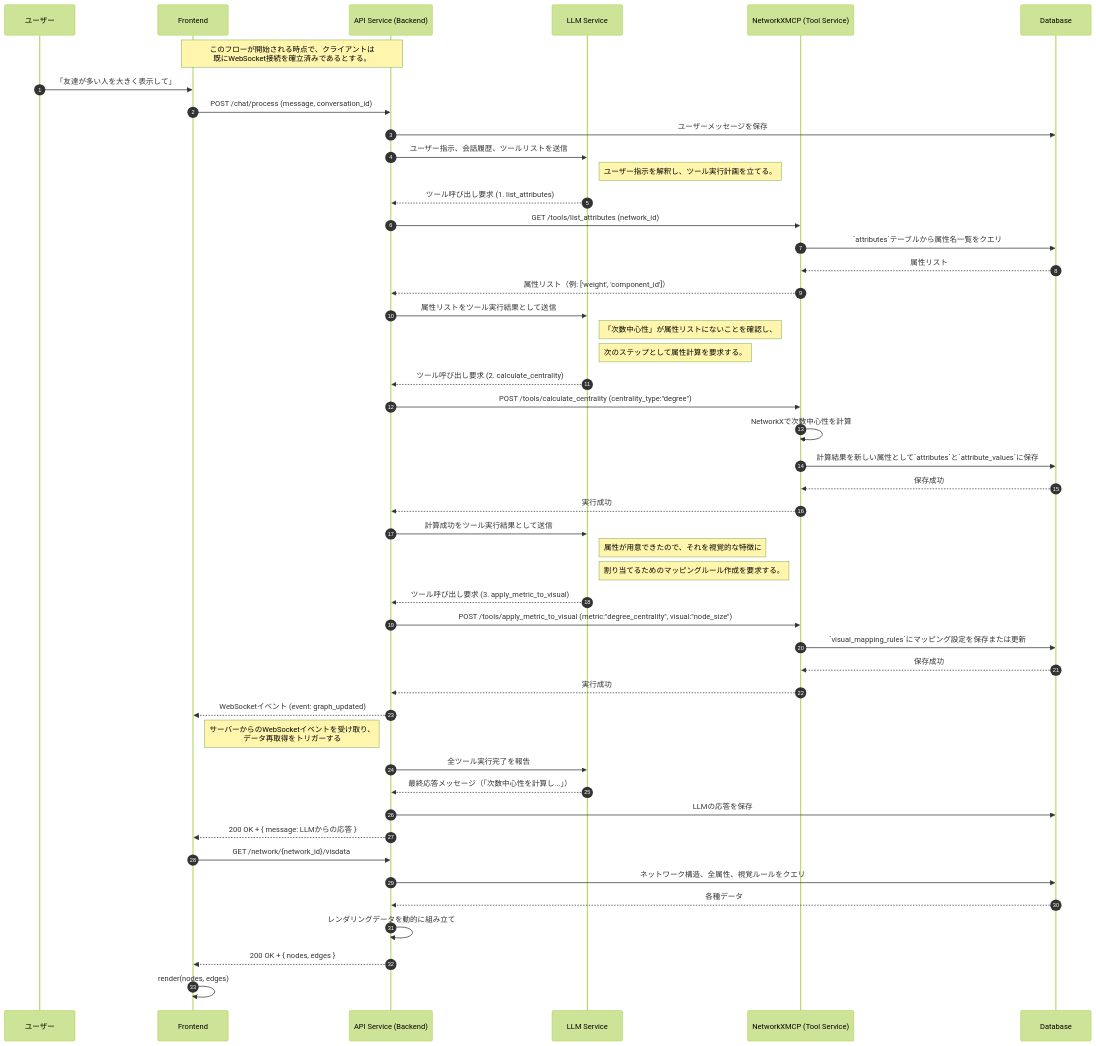
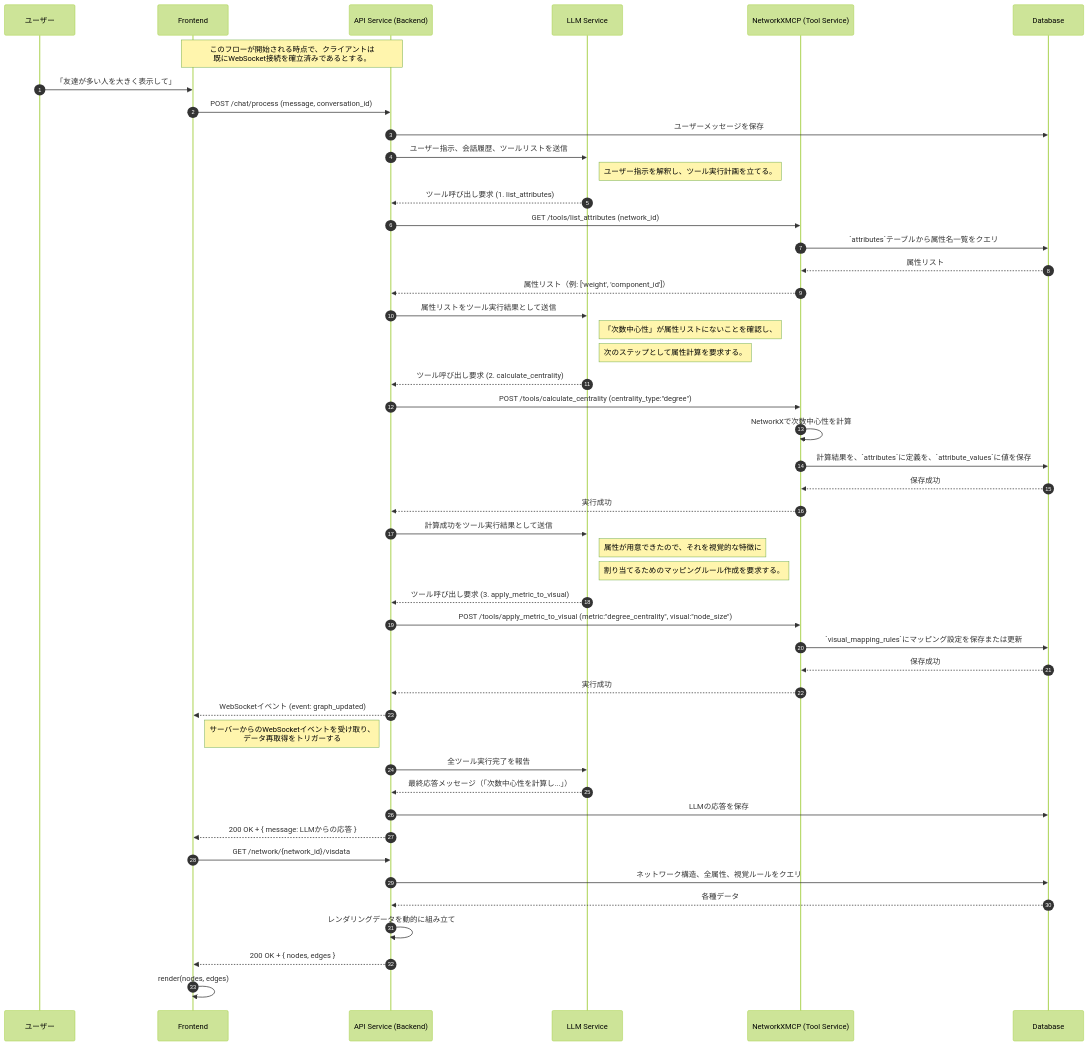
The second of 3 diagrams in specification/2_Technical_Details/6_Core_Workflows.md (vdslab/LLMGraphvis), drawn with Mermaid (forest theme) before and after one commit. The commit also changed other lines of this file and 3 other files, not shown here.

Commit message:
Docs: Clarify database schema and workflow documentation for attribute storage and centrality calculations

````diff
--- a/specification/2_Technical_Details/6_Core_Workflows.md
+++ b/specification/2_Technical_Details/6_Core_Workflows.md
@@ -73,69 +73,69 @@
 ```mermaid
 sequenceDiagram
     autonumber
     %% Participants
     participant U as ユーザー
     participant F as Frontend
     participant B as API Service (Backend)
     participant LLM as LLM Service
     participant N as NetworkXMCP (Tool Service)
     participant DB as Database
 
     note over F, B: このフローが開始される時点で、クライアントは<br/>既にWebSocket接続を確立済みであるとする。
 
     U->>F: 「友達が多い人を大きく表示して」
     F->>B: POST /chat/process (message, conversation_id)
     B->>DB: ユーザーメッセージを保存
 
     %% Step 1: Backend asks LLM for a plan
     B->>LLM: ユーザー指示、会話履歴、ツールリストを送信
     note right of LLM: ユーザー指示を解釈し、ツール実行計画を立てる。
     LLM-->>B: ツール呼び出し要求 (1. list_attributes)
 
     %% Step 2: Backend executes list_attributes
     B->>N: GET /tools/list_attributes (network_id)
     N->>DB: `attributes`テーブルから属性名一覧をクエリ
     DB-->>N: 属性リスト
     N-->>B: 属性リスト（例: ['weight', 'component_id']）
 
     %% Step 3: Backend asks LLM for the next step
     B->>LLM: 属性リストをツール実行結果として送信
     note right of LLM: 「次数中心性」が属性リストにないことを確認し、
     note right of LLM: 次のステップとして属性計算を要求する。
     LLM-->>B: ツール呼び出し要求 (2. calculate_centrality)
 
     %% Step 4: Backend executes calculate_centrality
     B->>N: POST /tools/calculate_centrality (centrality_type:"degree")
     N->>N: NetworkXで次数中心性を計算
-    N->>DB: 計算結果を新しい属性として`attributes`と`attribute_values`に保存
+    N->>DB: 計算結果を、`attributes`に定義を、`attribute_values`に値を保存
     DB-->>N: 保存成功
     N-->>B: 実行成功
 
     %% Step 5: Backend asks LLM for the final step
     B->>LLM: 計算成功をツール実行結果として送信
     note right of LLM: 属性が用意できたので、それを視覚的な特徴に
     note right of LLM: 割り当てるためのマッピングルール作成を要求する。
     LLM-->>B: ツール呼び出し要求 (3. apply_metric_to_visual)
 
     %% Step 6: Backend executes apply_metric_to_visual
     B->>N: POST /tools/apply_metric_to_visual (metric:"degree_centrality", visual:"node_size")
     N->>DB: `visual_mapping_rules`にマッピング設定を保存または更新
     DB-->>N: 保存成功
     N-->>B: 実行成功
 
     %% Step 7: Backend sends notification and final response to Frontend
     B-->>F: WebSocketイベント (event: graph_updated)
     note right of F: サーバーからのWebSocketイベントを受け取り、<br/>データ再取得をトリガーする
     B->>LLM: 全ツール実行完了を報告
     LLM-->>B: 最終応答メッセージ（「次数中心性を計算し...」）
     B->>DB: LLMの応答を保存
     B-->>F: 200 OK + { message: LLMからの応答 }
 
     %% Step 8: Frontend fetches updated data
     F->>B: GET /network/{network_id}/visdata
     B->>DB: ネットワーク構造、全属性、視覚ルールをクエリ
     DB-->>B: 各種データ
     B->>B: レンダリングデータを動的に組み立て
     B-->>F: 200 OK + { nodes, edges }
     F->>F: render(nodes, edges)
 ```
````
